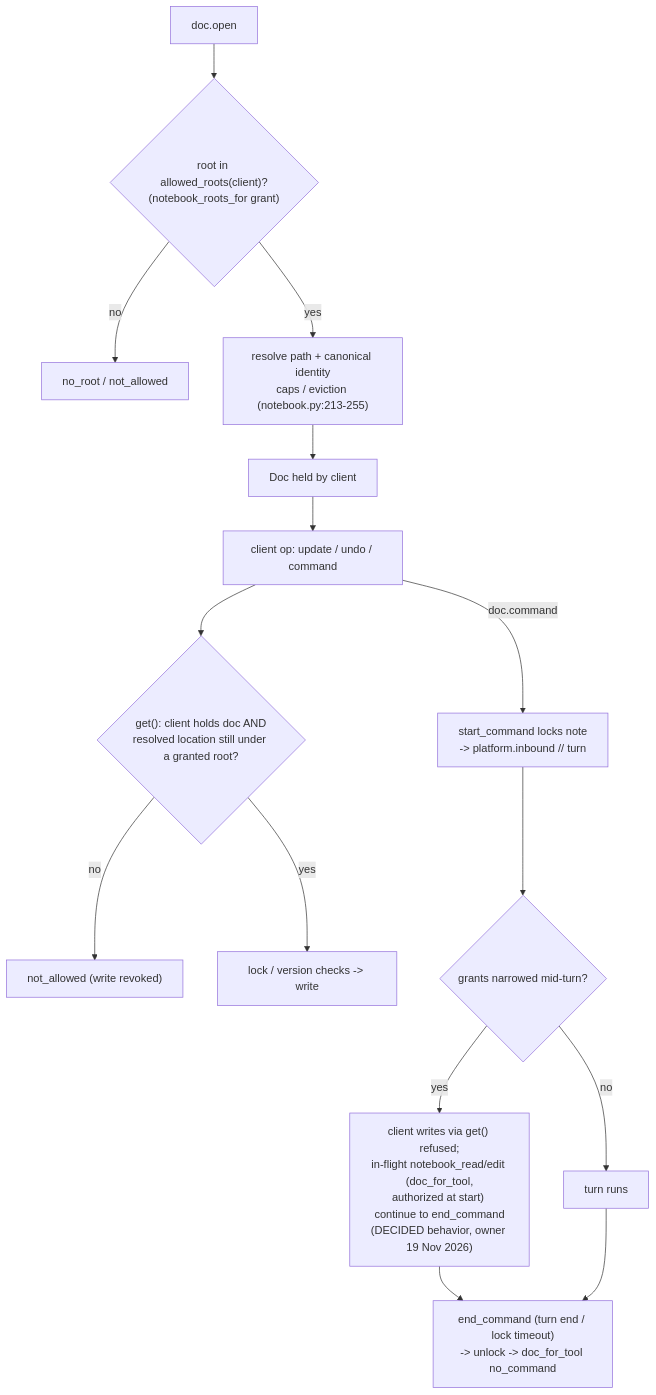
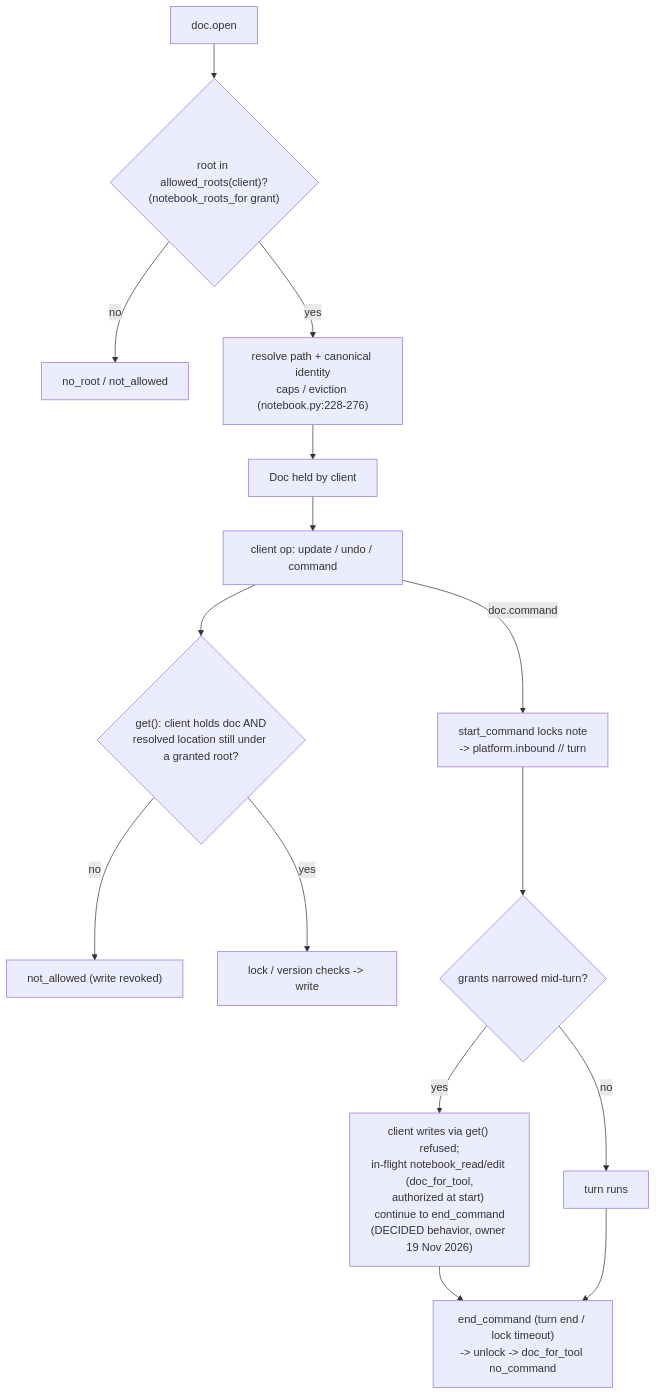
The sixth of 6 diagrams in AUDIT.md (codepilots/hermes-outrigger), drawn with Mermaid before and after one commit. The commit also changed other lines of this file and 16 other files, not shown here.

````diff
--- a/AUDIT.md
+++ b/AUDIT.md
@@ -222,17 +224,17 @@
 ```mermaid
 flowchart TD
   Open["doc.open"] --> Allow{"root in allowed_roots(client)?<br/>(notebook_roots_for grant)"}
   Allow -->|no| NoRoot["no_root / not_allowed"]
-  Allow -->|yes| Resolve["resolve path + canonical identity<br/>caps / eviction (notebook.py:213-255)"]
+  Allow -->|yes| Resolve["resolve path + canonical identity<br/>caps / eviction (notebook.py:228-276)"]
   Resolve --> Held["Doc held by client"]
   Held --> Op["client op: update / undo / command"]
   Op --> Get{"get(): client holds doc AND<br/>resolved location still under a granted root?"}
   Get -->|no| NotAllowed["not_allowed (write revoked)"]
   Get -->|yes| Proceed["lock / version checks -> write"]
   Op -->|doc.command| Start["start_command locks note<br/>-> platform.inbound // turn"]
   Start --> Mid{"grants narrowed mid-turn?"}
   Mid -->|yes| Window["client writes via get() refused;<br/>in-flight notebook_read/edit (doc_for_tool,<br/>authorized at start) continue to end_command<br/>(DECIDED behavior, owner 19 Nov 2026)"]
   Mid -->|no| Run["turn runs"]
   Window --> End["end_command (turn end / lock timeout)<br/>-> unlock -> doc_for_tool no_command"]
   Run --> End
 ```
````
